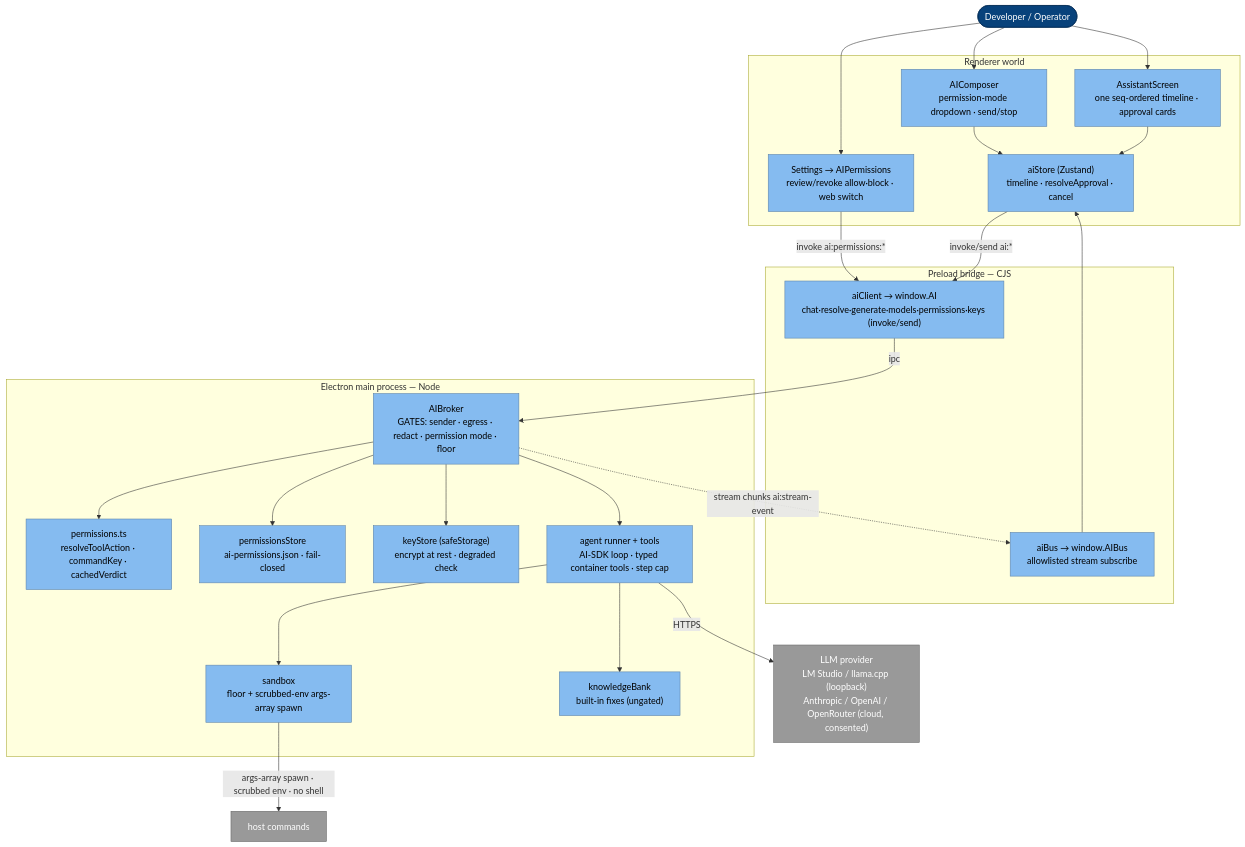
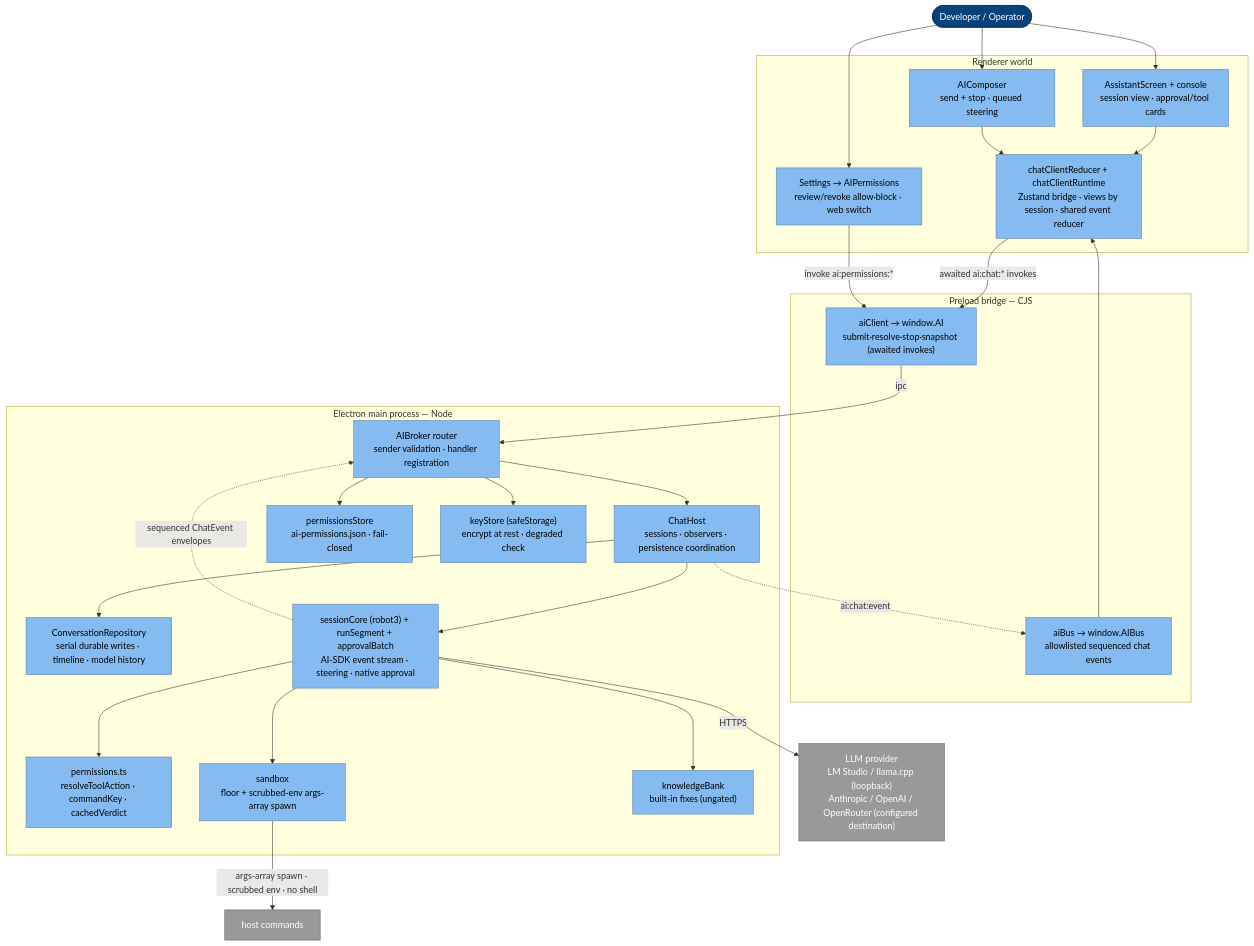
The second of 5 diagrams in docs/architecture/ai-subsystem.md (iongion/container-desktop), drawn with Mermaid before and after one commit. The commit also changed other lines of this file and 1187 other files, not shown here.

First line of the commit message:
feat(ai): local-first AI assistant — quake console, goal mode, workers, native provider transport

````diff
--- a/docs/architecture/ai-subsystem.md
+++ b/docs/architecture/ai-subsystem.md
@@ -76,51 +87,56 @@
 ```mermaid
 flowchart TB
   user([Developer / Operator]):::person
 
   subgraph rdr[Renderer world]
-    screen["AssistantScreen<br/>one seq-ordered timeline · approval cards"]:::component
-    composer["AIComposer<br/>permission-mode dropdown · send/stop"]:::component
+    screen["AssistantScreen + console<br/>session view · approval/tool cards"]:::component
+    composer["AIComposer<br/>send + stop · queued steering"]:::component
     perms["Settings → AIPermissions<br/>review/revoke allow·block · web switch"]:::component
-    aistore["aiStore (Zustand)<br/>timeline · resolveApproval · cancel"]:::component
+    aistore["chatClientReducer + chatClientRuntime<br/>Zustand bridge · views by session · shared event reducer"]:::component
   end
 
   subgraph pre[Preload bridge — CJS]
-    client["aiClient → window.AI<br/>chat·resolve·generate·models·permissions·keys (invoke/send)"]:::component
-    bus["aiBus → window.AIBus<br/>allowlisted stream subscribe"]:::component
+    client["aiClient → window.AI<br/>submit·resolve·stop·snapshot (awaited invokes)"]:::component
+    bus["aiBus → window.AIBus<br/>allowlisted sequenced chat events"]:::component
   end
 
   subgraph main[Electron main process — Node]
-    broker["AIBroker<br/>GATES: sender · egress · redact · permission mode · floor"]:::component
+    broker["AIBroker router<br/>sender validation · handler registration"]:::component
+    chathost["ChatHost<br/>sessions · observers · persistence coordination"]:::component
+    repository["ConversationRepository<br/>serial durable writes · timeline · model history"]:::component
     policy["permissions.ts<br/>resolveToolAction · commandKey · cachedVerdict"]:::component
     permstore["permissionsStore<br/>ai-permissions.json · fail-closed"]:::component
     keystore["keyStore (safeStorage)<br/>encrypt at rest · degraded check"]:::component
-    runner["agent runner + tools<br/>AI-SDK loop · typed container tools · step cap"]:::component
+    runner["sessionCore (robot3) + runSegment + approvalBatch<br/>AI-SDK event stream · steering · native approval"]:::component
     sandbox["sandbox<br/>floor + scrubbed-env args-array spawn"]:::component
     know["knowledgeBank<br/>built-in fixes (ungated)"]:::component
   end
 
-  provider["LLM provider<br/>LM Studio / llama.cpp (loopback)<br/>Anthropic / OpenAI / OpenRouter (cloud, consented)"]:::external
+  provider["LLM provider<br/>LM Studio / llama.cpp (loopback)<br/>Anthropic / OpenAI / OpenRouter (configured destination)"]:::external
 
   user --> screen
   user --> composer
   user --> perms
   screen --> aistore
   composer --> aistore
-  aistore -->|invoke/send ai:*| client
+  aistore -->|awaited ai:chat:* invokes| client
   perms -->|invoke ai:permissions:*| client
   client -->|ipc| broker
-  broker --> policy
+  broker --> chathost
+  chathost --> repository
+  chathost --> runner
+  runner --> policy
   broker --> permstore
   broker --> keystore
-  broker --> runner
   runner --> sandbox
   runner --> know
   sandbox -->|args-array spawn · scrubbed env · no shell| host["host commands"]:::external
   runner -->|HTTPS| provider
-  broker -.->|stream chunks ai:stream-event| bus
+  runner -.->|sequenced ChatEvent envelopes| broker
+  chathost -.->|ai:chat:event| bus
   bus --> aistore
 
   classDef person fill:#08427b,color:#fff,stroke:#052e56;
   classDef component fill:#85bbf0,color:#000,stroke:#5d82a8;
   classDef external fill:#999,color:#fff,stroke:#666;
 ```
````
